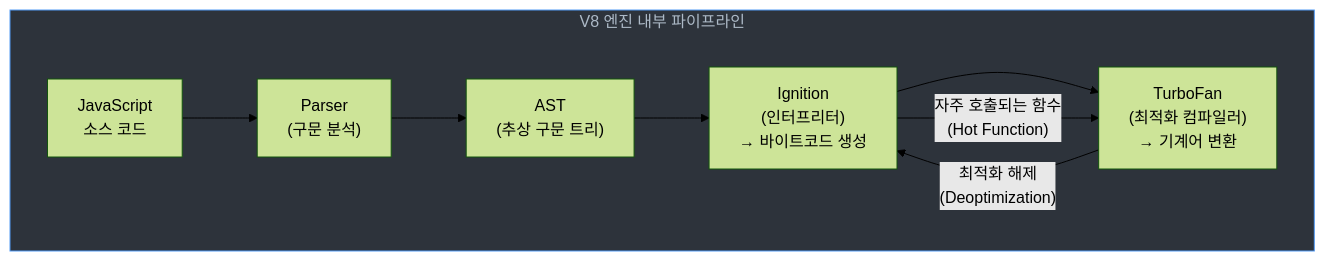
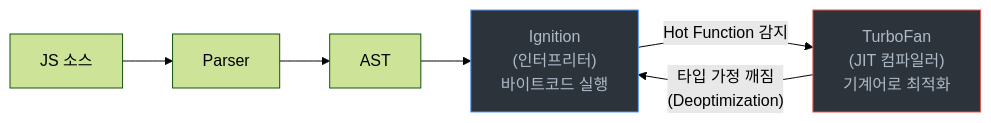
The second of 4 diagrams in Develop/Framework/Node/Nodejs의 구조 및 작동 원리/Node.md (GYUTORY/YGSTUDY), drawn with Mermaid (forest theme) before and after one commit. The commit also changed other lines of this file and 2 other files, not shown here.

````diff
--- a/Develop/Framework/Node/Nodejs의 구조 및 작동 원리/Node.md
+++ b/Develop/Framework/Node/Nodejs의 구조 및 작동 원리/Node.md
@@ -76,15 +71,11 @@
 ```mermaid
 graph LR
-    subgraph V8["V8 엔진 내부 파이프라인"]
-        direction LR
-        S1["JavaScript<br/>소스 코드"] --> S2["Parser<br/>(구문 분석)"]
-        S2 --> S3["AST<br/>(추상 구문 트리)"]
-        S3 --> S4["Ignition<br/>(인터프리터)<br/>→ 바이트코드 생성"]
-        S4 --> S5["TurboFan<br/>(최적화 컴파일러)<br/>→ 기계어 변환"]
-    end
+    S1["JS 소스"] --> S2["Parser"]
+    S2 --> S3["AST"]
+    S3 --> S4["Ignition<br/>(인터프리터)<br/>바이트코드 실행"]
+    S4 -- "Hot Function 감지" --> S5["TurboFan<br/>(JIT 컴파일러)<br/>기계어로 최적화"]
+    S5 -- "타입 가정 깨짐<br/>(Deoptimization)" --> S4
 
-    S4 -- "자주 호출되는 함수<br/>(Hot Function)" --> S5
-    S5 -- "최적화 해제<br/>(Deoptimization)" --> S4
-
-    style V8 fill:#2d333b,stroke:#539bf5,color:#adbac7
+    style S4 fill:#2d333b,stroke:#539bf5,color:#adbac7
+    style S5 fill:#2d333b,stroke:#e5534b,color:#adbac7
 ```
````
